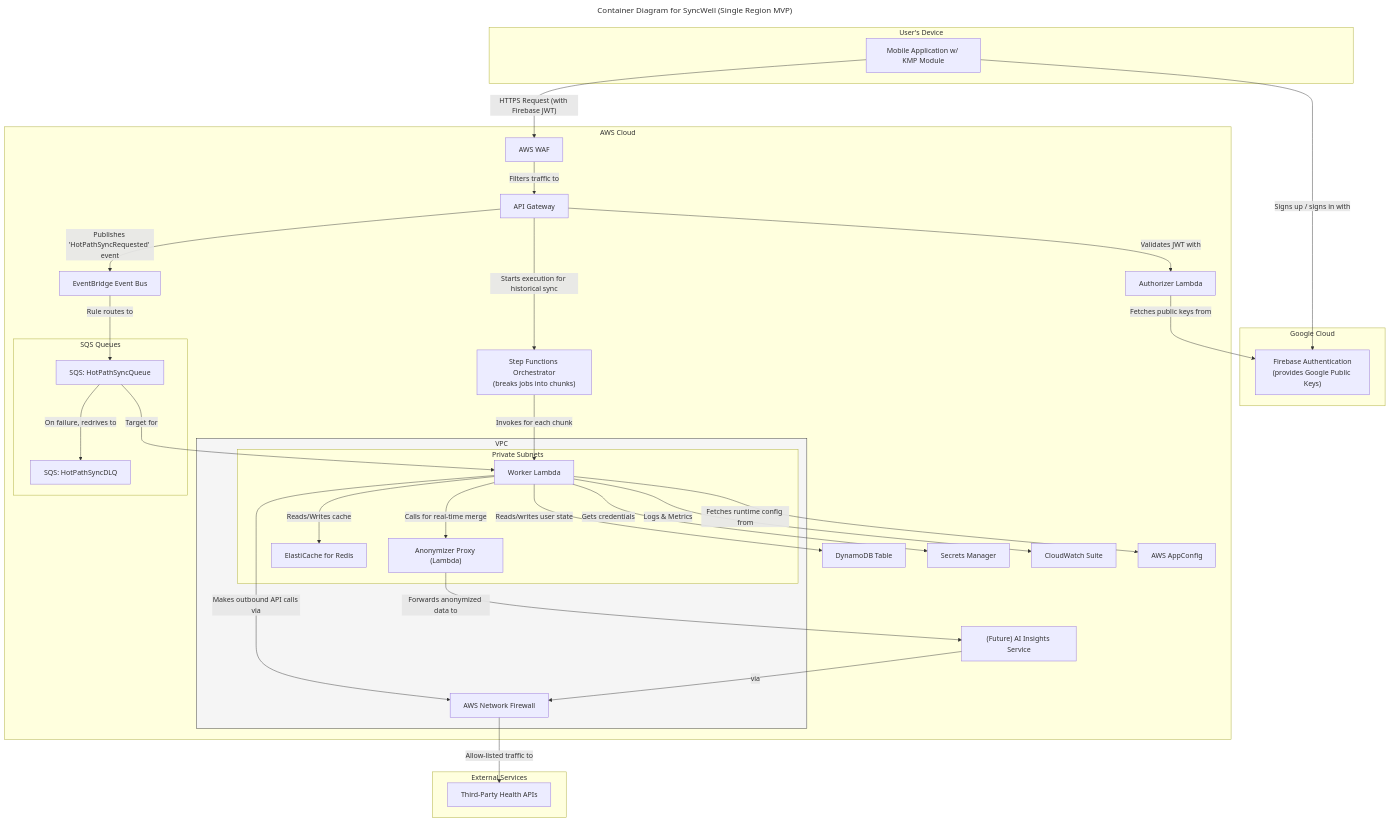
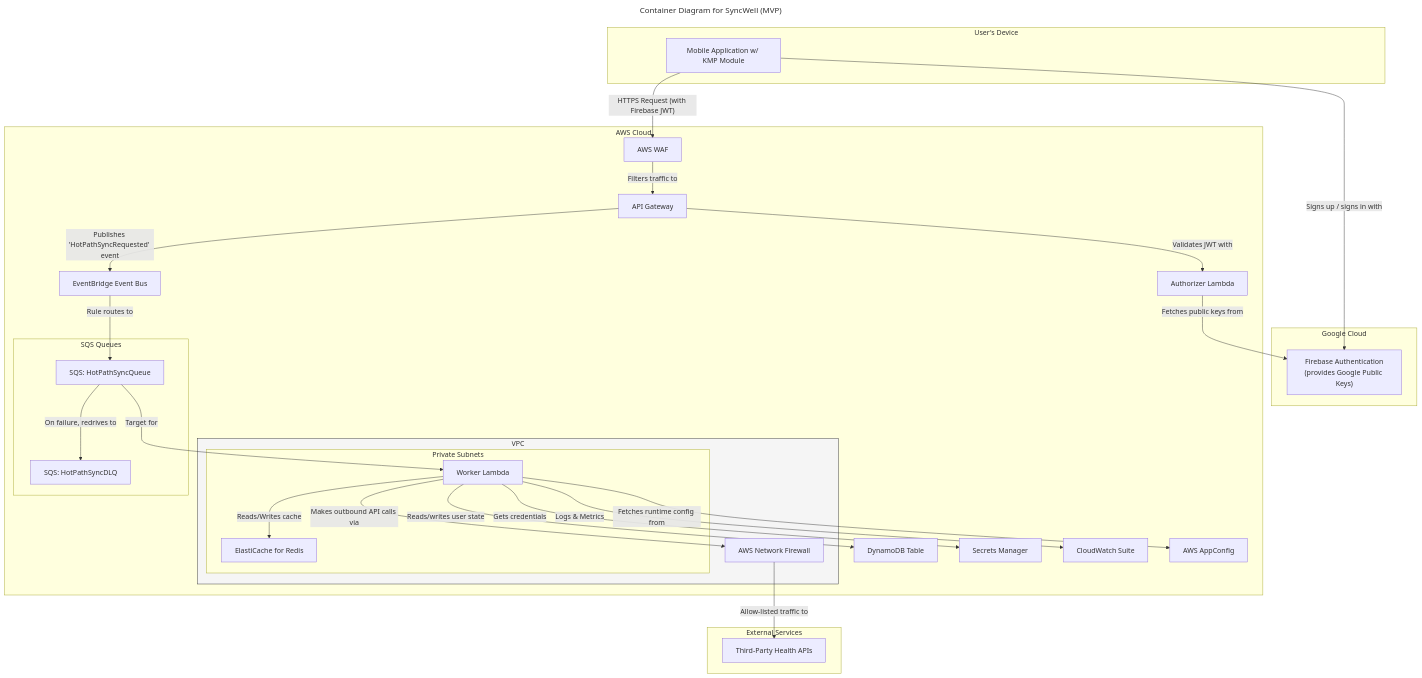
Before and after one commit to dino10bit/healthsync: the second of 7 diagrams in 06-technical-architecture.md, drawn with Mermaid. The commit also changed other lines of this file and 8 other files, not shown here.

````diff
--- a/06-technical-architecture.md
+++ b/06-technical-architecture.md
@@ -103,73 +105,62 @@
 ```mermaid
 ---
-title: "Container Diagram for SyncWell (Single Region MVP)"
+title: "Container Diagram for SyncWell (MVP)"
 ---
 graph TD
     subgraph "User's Device"
         MobileApp[Mobile Application w/ KMP Module]
     end
 
     subgraph "Google Cloud"
         FirebaseAuth["Firebase Authentication<br>(provides Google Public Keys)"]
     end
 
     subgraph "External Services"
         ThirdPartyAPIs["Third-Party Health APIs"]
     end
 
     subgraph "AWS Cloud"
         WAF[AWS WAF]
         APIGateway[API Gateway]
         AuthorizerLambda[Authorizer Lambda]
         HotPathEventBus[EventBridge Event Bus]
-        HistoricalOrchestrator["Step Functions Orchestrator<br>(breaks jobs into chunks)"]
         DynamoDB[DynamoDB Table]
         SecretsManager[Secrets Manager]
         Observability["CloudWatch Suite"]
         AppConfig[AWS AppConfig]
-        FutureAIService["(Future) AI Insights Service"]
 
         subgraph "VPC"
             style VPC fill:#f5f5f5,stroke:#333
             NetworkFirewall[AWS Network Firewall]
             subgraph "Private Subnets"
                 WorkerLambda["Worker Lambda"]
-                AnonymizerProxy["Anonymizer Proxy (Lambda)"]
                 ElastiCache[ElastiCache for Redis]
             end
         end
 
         subgraph "SQS Queues"
             HotPathSyncQueue[SQS: HotPathSyncQueue]
             HotPathSyncDLQ[SQS: HotPathSyncDLQ]
         end
     end
 
     MobileApp -- "Signs up / signs in with" --> FirebaseAuth
     MobileApp -- "HTTPS Request (with Firebase JWT)" --> WAF
     WAF -- "Filters traffic to" --> APIGateway
 
     APIGateway -- "Validates JWT with" --> AuthorizerLambda
     AuthorizerLambda -- "Fetches public keys from" --> FirebaseAuth
     APIGateway -- "Publishes 'HotPathSyncRequested' event" --> HotPathEventBus
-    APIGateway -- "Starts execution for historical sync" --> HistoricalOrchestrator
 
     HotPathEventBus -- "Rule routes to" --> HotPathSyncQueue
     HotPathSyncQueue -- "Target for" --> WorkerLambda
     HotPathSyncQueue -- "On failure, redrives to" --> HotPathSyncDLQ
-
-    HistoricalOrchestrator -- "Invokes for each chunk" --> WorkerLambda
 
     WorkerLambda -- "Reads/writes user state" --> DynamoDB
     WorkerLambda -- "Gets credentials" --> SecretsManager
     WorkerLambda -- "Reads/Writes cache" --> ElastiCache
     WorkerLambda -- "Logs & Metrics" --> Observability
     WorkerLambda -- "Fetches runtime config from" --> AppConfig
     WorkerLambda -- "Makes outbound API calls via" --> NetworkFirewall
-
-    AnonymizerProxy -- "Forwards anonymized data to" --> FutureAIService
-    FutureAIService -- "via" --> NetworkFirewall
     NetworkFirewall -- "Allow-listed traffic to" --> ThirdPartyAPIs
-
-    WorkerLambda -- "Calls for real-time merge" --> AnonymizerProxy
 ```
````
